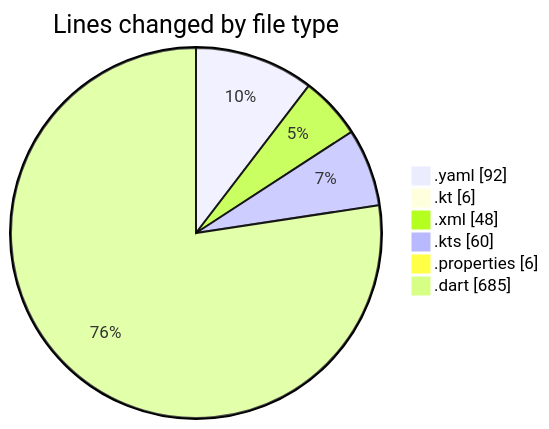
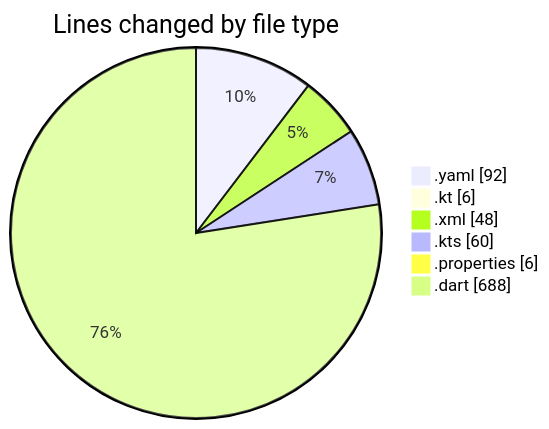
One commit to donsfak/code-tracking changed the first of 2 diagrams in 2025-02-19/uber_clone/README.md. Above: the diagram before and after it, drawn with Mermaid. The commit also changed other lines of this file and 1 other file, not shown here.

````diff
--- a/2025-02-19/uber_clone/README.md
+++ b/2025-02-19/uber_clone/README.md
@@ -27,10 +28,10 @@
 ```mermaid
 pie showData
 title Lines changed by file type
 ".yaml" : 92
 ".kt" : 6
 ".xml" : 48
 ".kts" : 60
 ".properties" : 6
-".dart" : 685
+".dart" : 688
 ```
````
